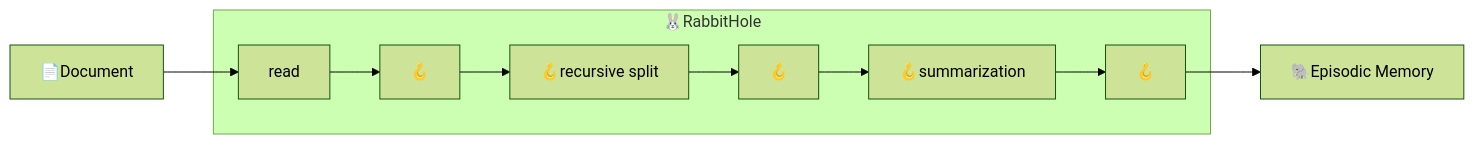
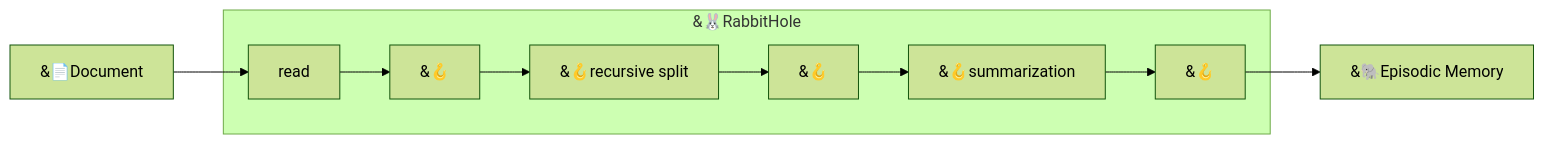
The diagram in mkdocs/conceptual/cheshire_cat/rabbit_hole.md (cheshire-cat-ai/docs), drawn with Mermaid (forest theme) before and after one commit. The commit also changed other lines of this file and 19 other files, not shown here.

````diff
--- a/mkdocs/conceptual/cheshire_cat/rabbit_hole.md
+++ b/mkdocs/conceptual/cheshire_cat/rabbit_hole.md
@@ -13,13 +13,13 @@
 ```mermaid
 
 flowchart LR
-A["📄Document"] --> B[read];
-subgraph rb ["🐰RabbitHole"]
-B[read] --> C["🪝"];
-C["🪝"] --> D[recursive split];
-D["🪝recursive split"] --> E["🪝"];
-E["🪝"] --> F["🪝summarization"];
-F["🪝summarization"] --> G["🪝"];
+A["&#128196;Document"] --> B[read];
+subgraph rb ["&#128048;RabbitHole"]
+B[read] --> C["&#129693;"];
+C["&#129693;"] --> D[recursive split];
+D["&#129693;recursive split"] --> E["&#129693;"];
+E["&#129693;"] --> F["&#129693;summarization"];
+F["&#129693;summarization"] --> G["&#129693;"];
 end
-G["🪝"] --> H["🐘Episodic Memory"] 
+G["&#129693;"] --> H["&#128024;Episodic Memory"] 
 ```
````
